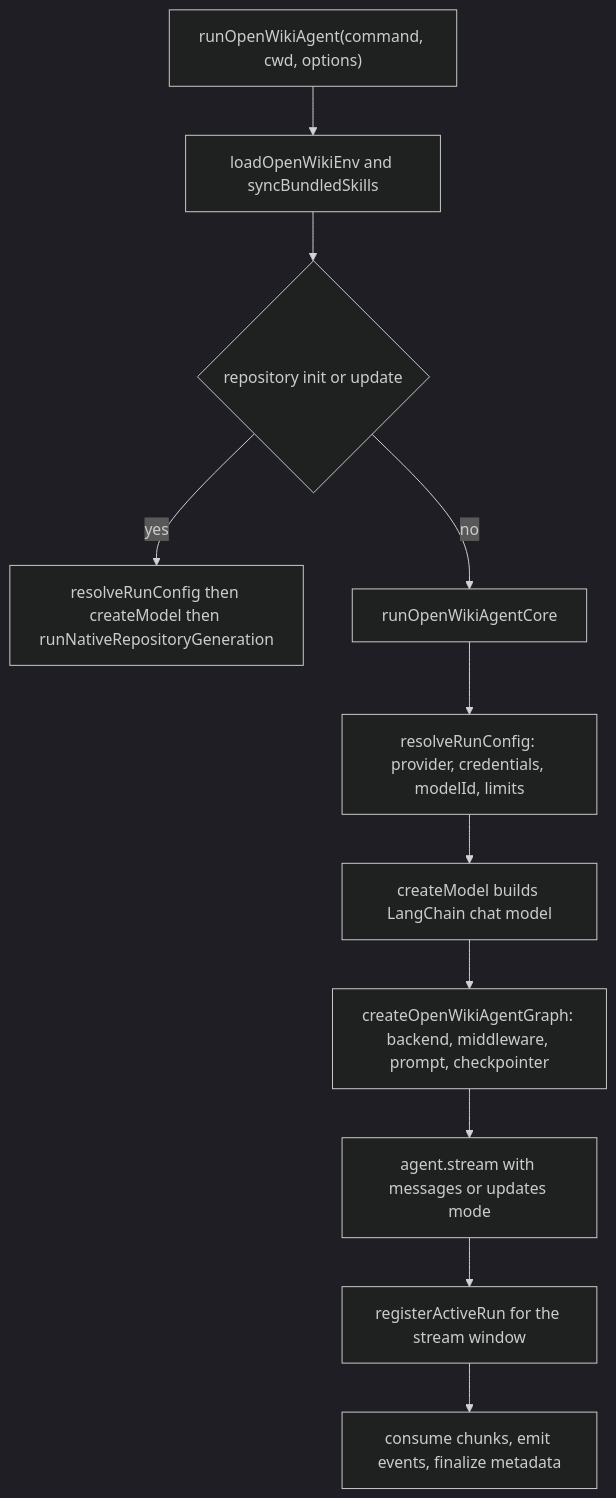
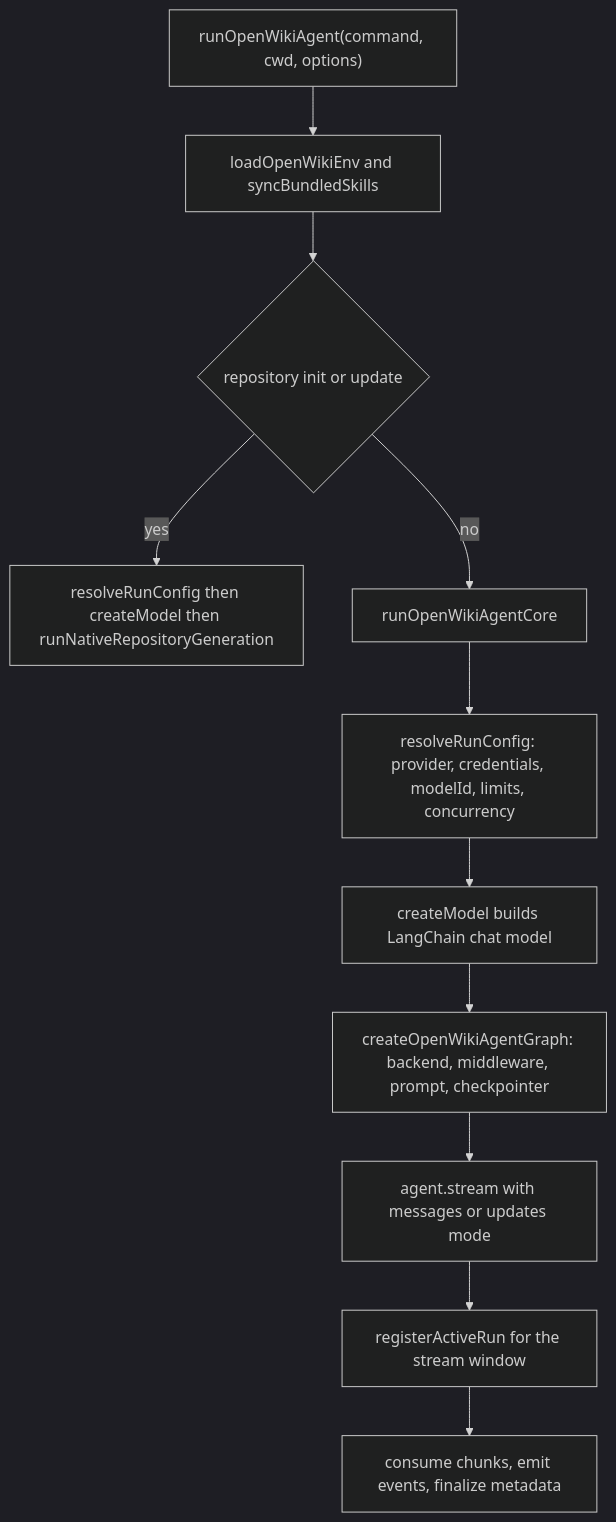
The first of 3 diagrams in openwiki/architecture/agent-runtime.md (langchain-ai/openwiki), drawn with Mermaid (dark theme) before and after one commit. The commit also changed other lines of this file and 37 other files, not shown here.

````diff
--- a/openwiki/architecture/agent-runtime.md
+++ b/openwiki/architecture/agent-runtime.md
@@ -62,13 +68,13 @@
 ```mermaid
 flowchart TD
   Start["runOpenWikiAgent(command, cwd, options)"] --> Load["loadOpenWikiEnv and syncBundledSkills"]
   Load --> Repo{"repository init or update"}
   Repo -->|yes| Native["resolveRunConfig then createModel then runNativeRepositoryGeneration"]
   Repo -->|no| Core["runOpenWikiAgentCore"]
-  Core --> Cfg["resolveRunConfig: provider, credentials, modelId, limits"]
+  Core --> Cfg["resolveRunConfig: provider, credentials, modelId, limits, concurrency"]
   Cfg --> Model["createModel builds LangChain chat model"]
   Model --> Graph["createOpenWikiAgentGraph: backend, middleware, prompt, checkpointer"]
   Graph --> Stream["agent.stream with messages or updates mode"]
   Stream --> Register["registerActiveRun for the stream window"]
   Register --> Consume["consume chunks, emit events, finalize metadata"]
 ```
````
